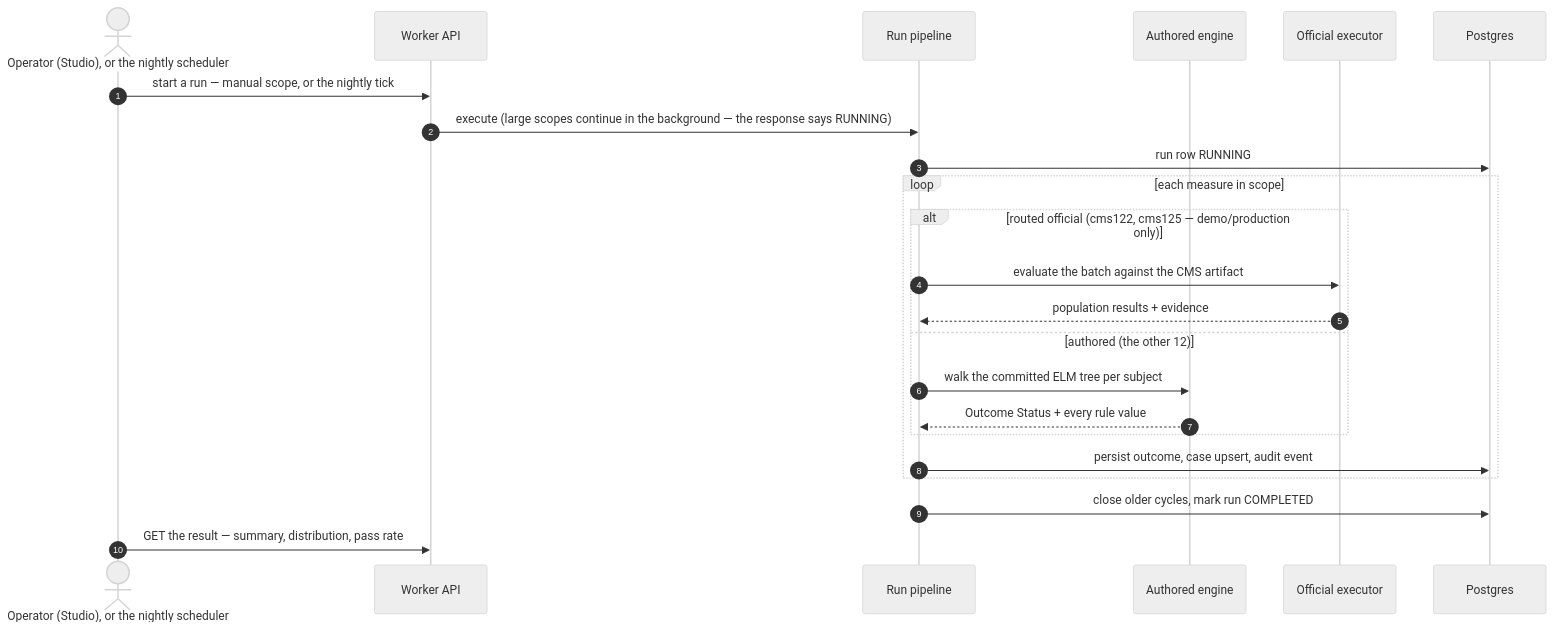
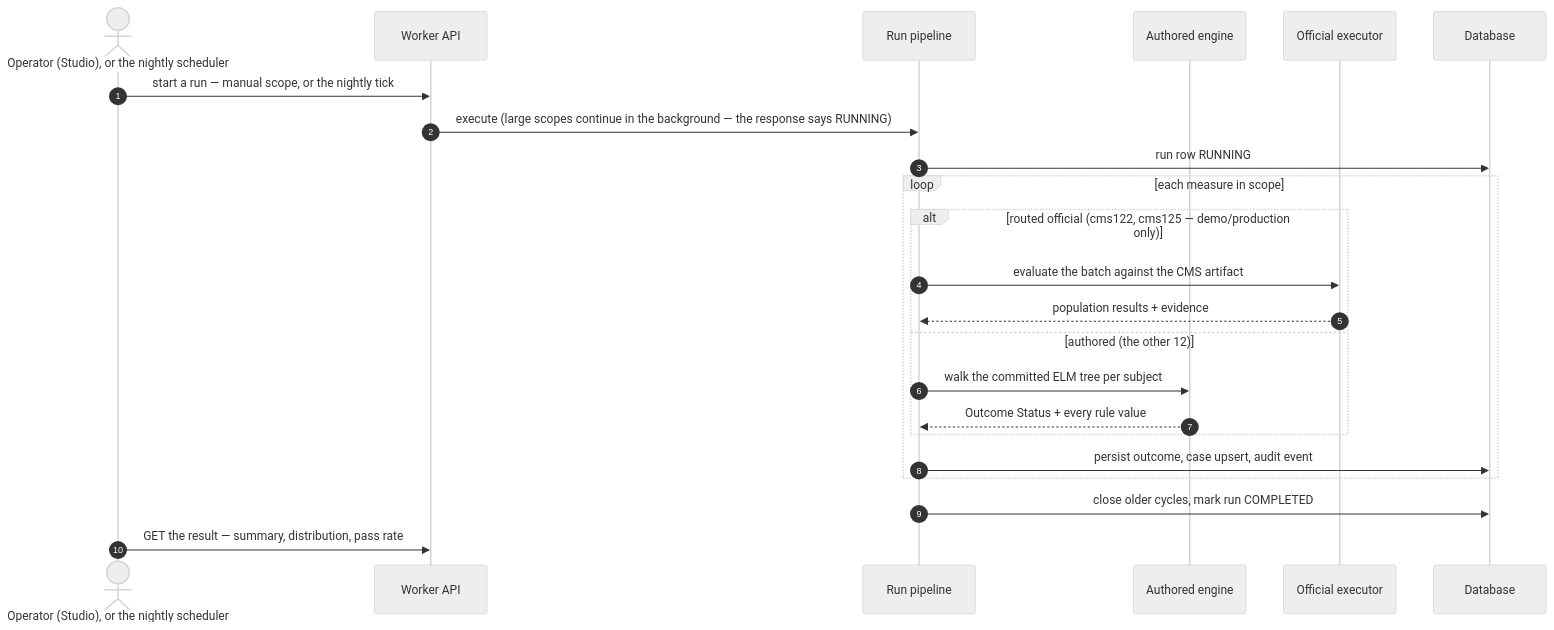
One commit to Taleef7/workwell changed the first of 6 diagrams in docs/guide/10-scenarios.md. Above: the diagram before and after it, drawn with Mermaid (neutral theme). The commit also changed other lines of this file, not shown here.

````diff
--- a/docs/guide/10-scenarios.md
+++ b/docs/guide/10-scenarios.md
@@ -19,25 +19,25 @@
 ```mermaid
 sequenceDiagram
   autonumber
   actor Op as Operator (Studio), or the nightly scheduler
   participant API as Worker API
   participant Pipe as Run pipeline
   participant Eng as Authored engine
   participant OFx as Official executor
-  participant DB as Postgres
+  participant DB as Database
   Op->>API: start a run — manual scope, or the nightly tick
   API->>Pipe: execute (large scopes continue in the background — the response says RUNNING)
   Pipe->>DB: run row RUNNING
   loop each measure in scope
     alt routed official (cms122, cms125 — demo/production only)
       Pipe->>OFx: evaluate the batch against the CMS artifact
       OFx-->>Pipe: population results + evidence
     else authored (the other 12)
       Pipe->>Eng: walk the committed ELM tree per subject
       Eng-->>Pipe: Outcome Status + every rule value
     end
     Pipe->>DB: persist outcome, case upsert, audit event
   end
   Pipe->>DB: close older cycles, mark run COMPLETED
   Op->>API: GET the result — summary, distribution, pass rate
 ```
````
